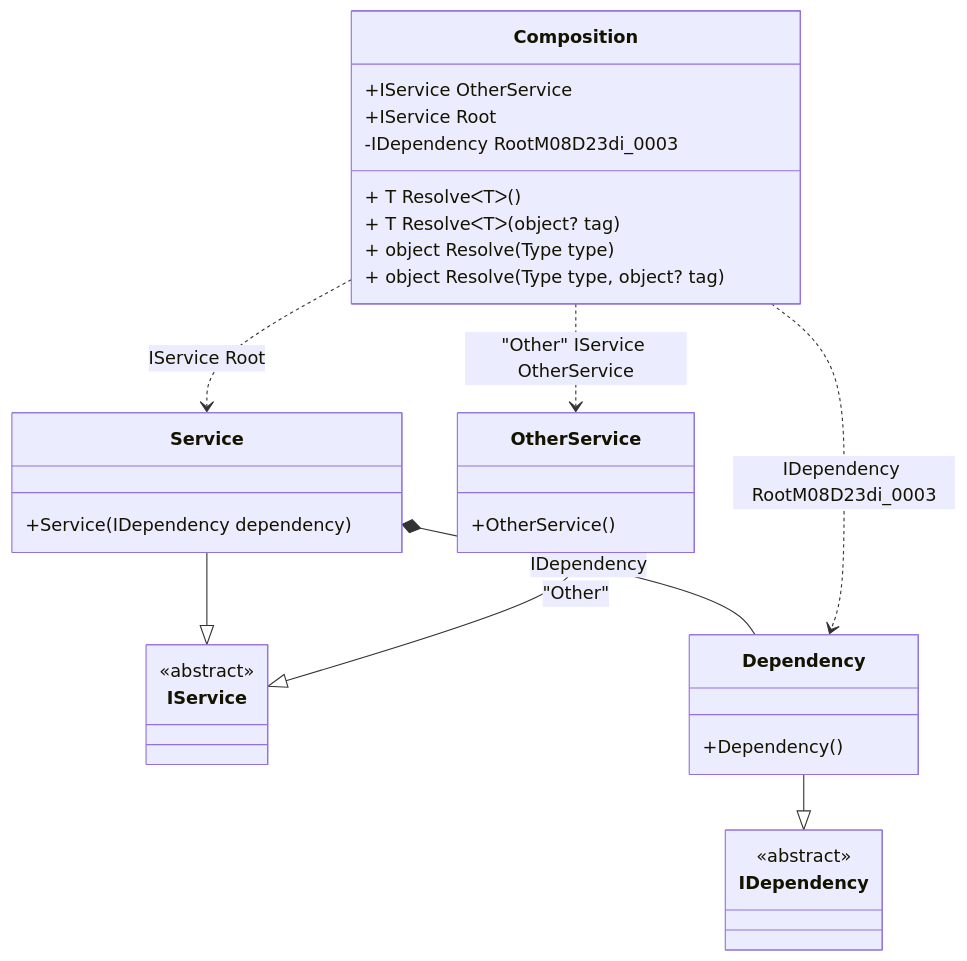
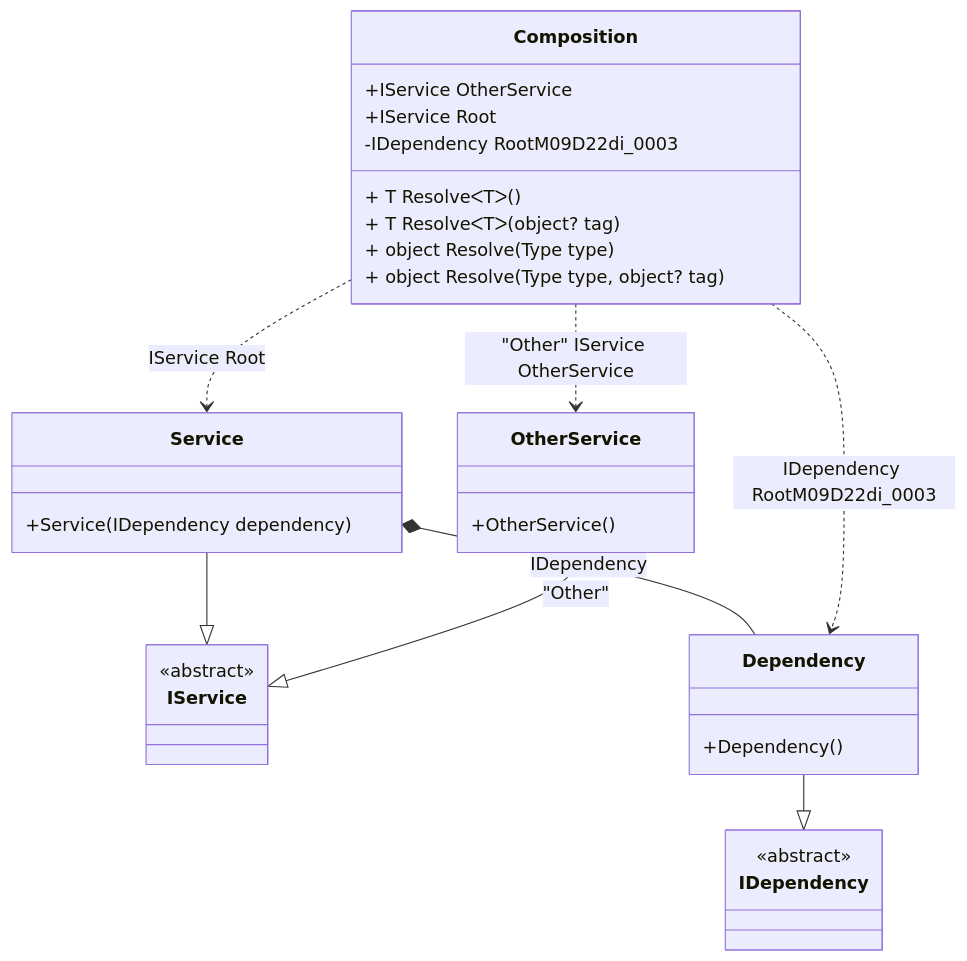
Before and after one commit to DevTeam/Pure.DI: the diagram in readme/composition-roots.md, drawn with Mermaid. The commit also changed other lines of this file and 57 other files, not shown here.

````diff
--- a/readme/composition-roots.md
+++ b/readme/composition-roots.md
@@ -45,34 +45,34 @@
 ```mermaid
 classDiagram
   class Composition {
     +IService OtherService
     +IService Root
-    -IDependency RootM08D23di_0003
+    -IDependency RootM09D22di_0003
     + T ResolveᐸTᐳ()
     + T ResolveᐸTᐳ(object? tag)
     + object Resolve(Type type)
     + object Resolve(Type type, object? tag)
   }
   Service --|> IService : 
   class Service {
     +Service(IDependency dependency)
   }
   OtherService --|> IService : "Other" 
   class OtherService {
     +OtherService()
   }
   Dependency --|> IDependency : 
   class Dependency {
     +Dependency()
   }
   class IService {
     <<abstract>>
   }
   class IDependency {
     <<abstract>>
   }
   Service *--  Dependency : IDependency
   Composition ..> Service : IService Root
   Composition ..> OtherService : "Other" IService OtherService
-  Composition ..> Dependency : IDependency RootM08D23di_0003
+  Composition ..> Dependency : IDependency RootM09D22di_0003
 ```
````
